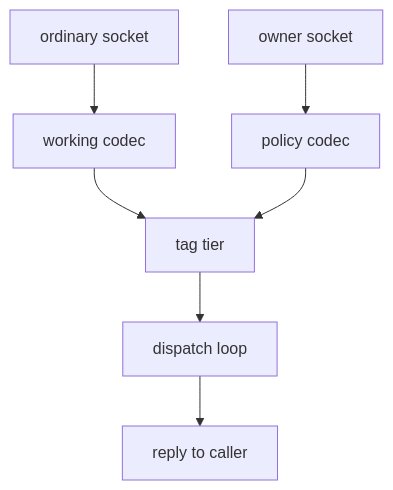
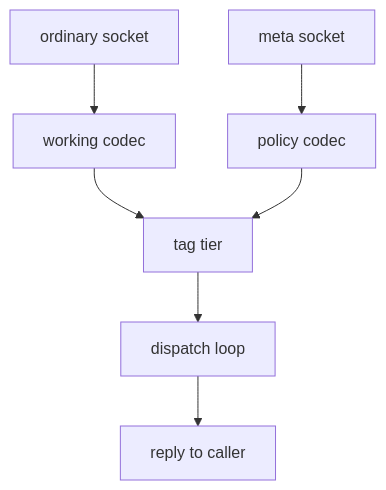
Before and after one commit to LiGoldragon/primary: the second of 3 diagrams in reports/designer/513-Psyche-runtime-runner-shared-triad-runner-design.md, drawn with Mermaid. The commit also changed other lines of this file, not shown here.

````diff
--- a/reports/designer/513-Psyche-runtime-runner-shared-triad-runner-design.md
+++ b/reports/designer/513-Psyche-runtime-runner-shared-triad-runner-design.md
@@ -471,9 +488,9 @@
 ```mermaid
 flowchart TD
   ord[ordinary socket] --> odec[working codec]
-  meta[owner socket] --> mdec[policy codec]
+  meta[meta socket] --> mdec[policy codec]
   odec --> tag[tag tier]
   mdec --> tag
   tag --> loop[dispatch loop]
   loop --> reply[reply to caller]
 ```
````
